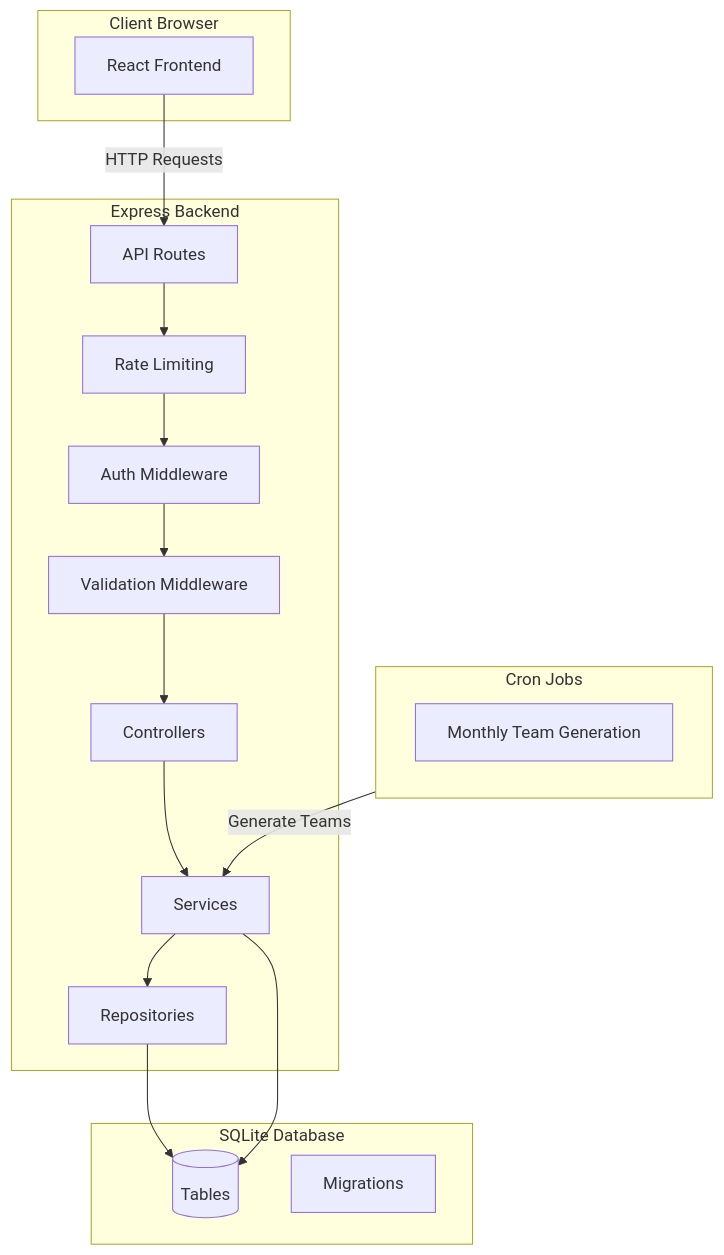
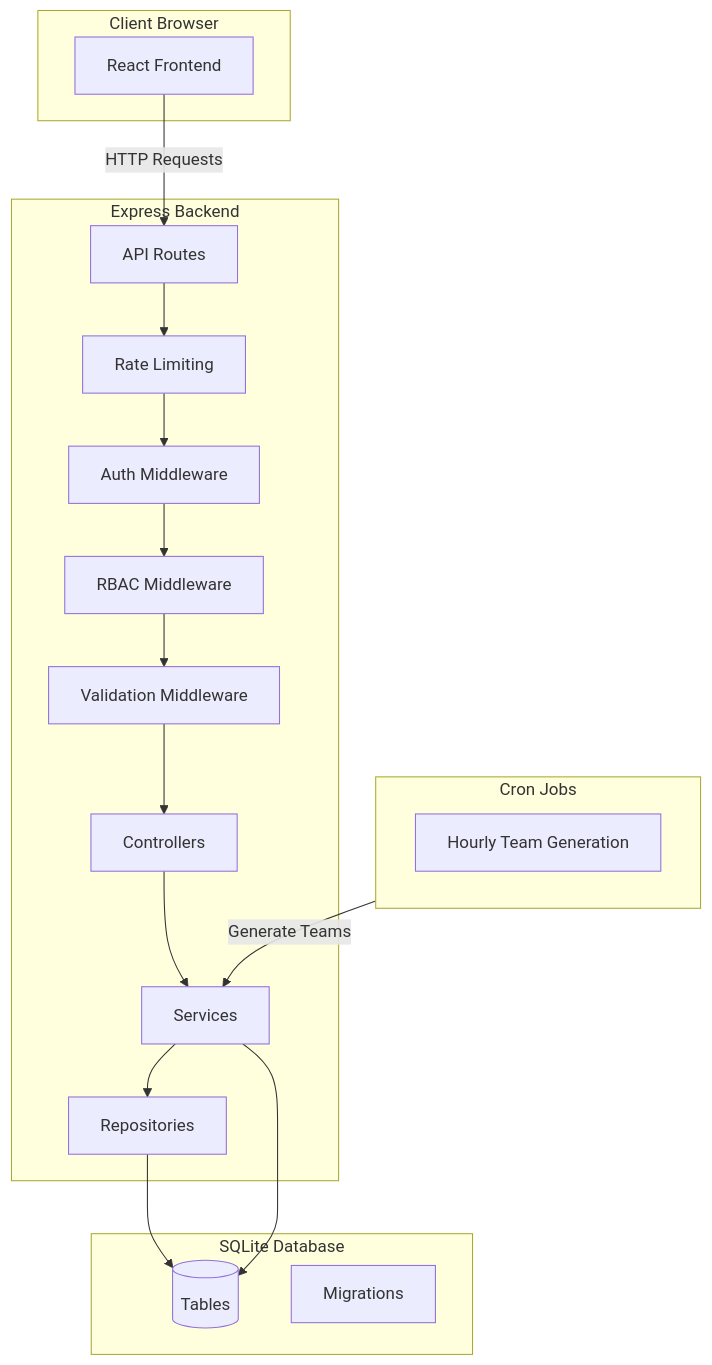
One commit to amhabibi81/TwoX-PRJ changed the first of 5 diagrams in PRJ/README.md. Above: the diagram before and after it, drawn with Mermaid. The commit also changed other lines of this file and 51 other files, not shown here.

````diff
--- a/PRJ/README.md
+++ b/PRJ/README.md
@@ -114,36 +174,38 @@
 ```mermaid
 flowchart TB
     subgraph Client["Client Browser"]
         UI[React Frontend]
     end
     
     subgraph Backend["Express Backend"]
         API[API Routes]
+        RateLimit[Rate Limiting]
         Auth[Auth Middleware]
+        RBAC[RBAC Middleware]
         Valid[Validation Middleware]
-        RateLimit[Rate Limiting]
         Controllers[Controllers]
         Services[Services]
         Repos[Repositories]
     end
     
     subgraph Database["SQLite Database"]
         Tables[(Tables)]
         Migrations[Migrations]
     end
     
     subgraph Cron["Cron Jobs"]
-        TeamGen[Monthly Team Generation]
+        TeamGen[Hourly Team Generation]
     end
     
     UI -->|HTTP Requests| API
     API --> RateLimit
     RateLimit --> Auth
-    Auth --> Valid
+    Auth --> RBAC
+    RBAC --> Valid
     Valid --> Controllers
     Controllers --> Services
     Services --> Repos
     Repos --> Tables
     Cron -->|Generate Teams| Services
     Services --> Tables
 ```
````
